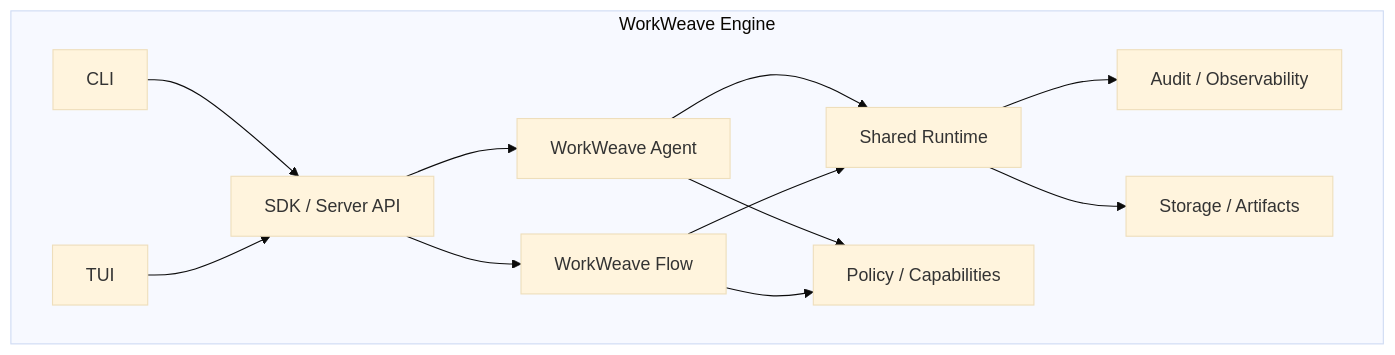
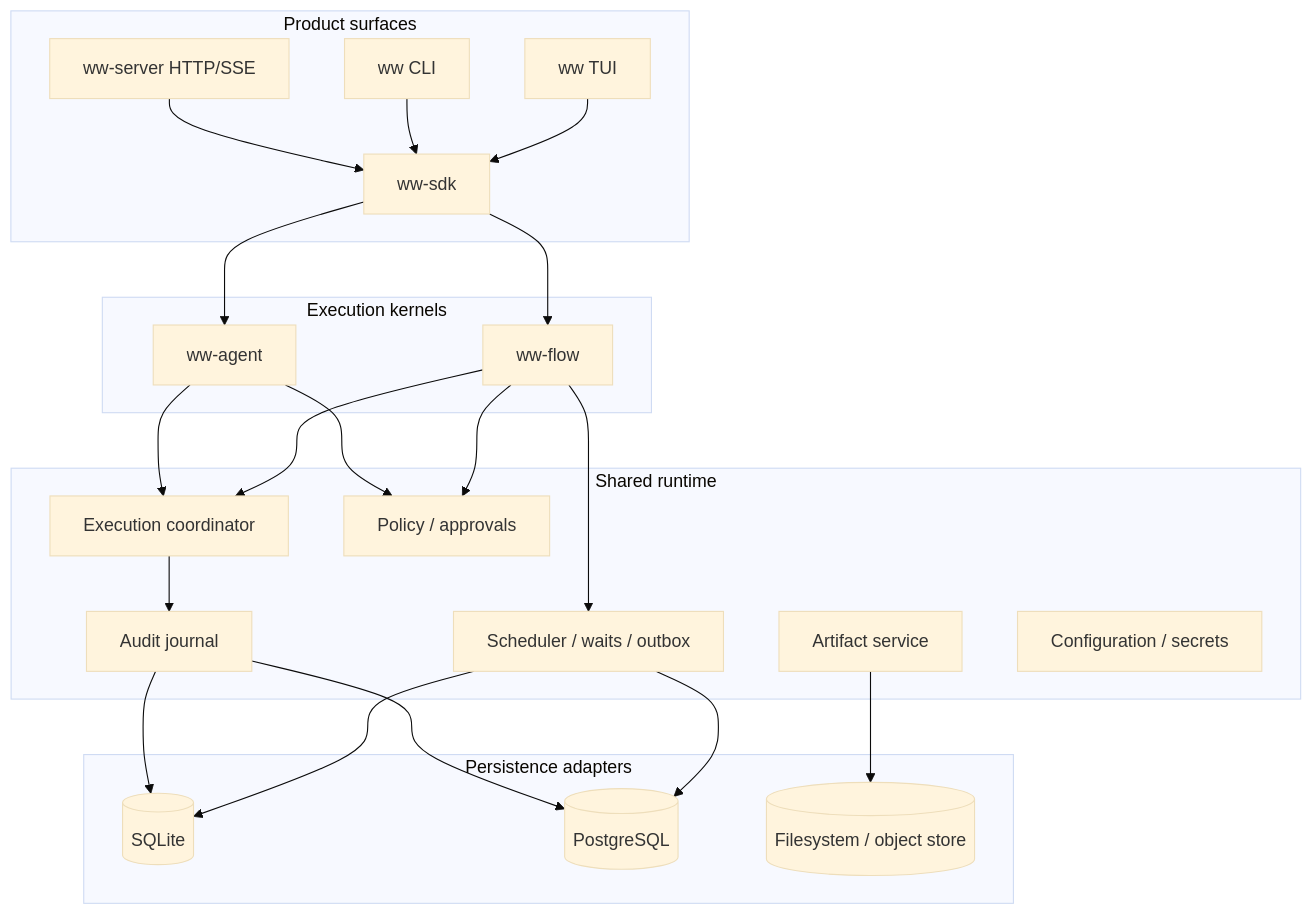
The second of 12 diagrams in docs/architecture/WORKWEAVE-ENGINE-ARCHITECTURE-DOSSIER.md (misawsneto/ww-engine), drawn with Mermaid (base theme) before and after one commit. The commit also changed other lines of this file, not shown here.

Commit message:
docs: deepen WorkWeave Engine implementation dossier

````diff
--- a/docs/architecture/WORKWEAVE-ENGINE-ARCHITECTURE-DOSSIER.md
+++ b/docs/architecture/WORKWEAVE-ENGINE-ARCHITECTURE-DOSSIER.md
@@ -93,25 +208,46 @@
 ```mermaid
 flowchart TB
-    subgraph WW[WorkWeave Engine]
-        SDK[SDK / Server API]
-        CLI[CLI]
-        TUI[TUI]
-        Agent[WorkWeave Agent]
-        Flow[WorkWeave Flow]
-        Runtime[Shared Runtime]
-        Policy[Policy / Capabilities]
-        Audit[Audit / Observability]
-        Storage[Storage / Artifacts]
+    subgraph Surfaces[Product surfaces]
+      SDK[ww-sdk]
+      API[ww-server HTTP/SSE]
+      CLI[ww CLI]
+      TUI[ww TUI]
+    end
+
+    subgraph Engines[Execution kernels]
+      Agent[ww-agent]
+      Flow[ww-flow]
+    end
+
+    subgraph Runtime[Shared runtime]
+      Coordinator[Execution coordinator]
+      Policy[Policy / approvals]
+      Audit[Audit journal]
+      Scheduler[Scheduler / waits / outbox]
+      Artifacts[Artifact service]
+      Secrets[Configuration / secrets]
+    end
+
+    subgraph Persistence[Persistence adapters]
+      SQLite[(SQLite)]
+      Postgres[(PostgreSQL)]
+      Blob[(Filesystem / object store)]
     end
 
     SDK --> Agent
     SDK --> Flow
+    API --> SDK
     CLI --> SDK
     TUI --> SDK
-    Agent --> Runtime
-    Flow --> Runtime
+    Agent --> Coordinator
+    Flow --> Coordinator
     Agent --> Policy
     Flow --> Policy
-    Runtime --> Audit
-    Runtime --> Storage
+    Coordinator --> Audit
+    Flow --> Scheduler
+    Audit --> SQLite
+    Audit --> Postgres
+    Scheduler --> SQLite
+    Scheduler --> Postgres
+    Artifacts --> Blob
 ```
````
